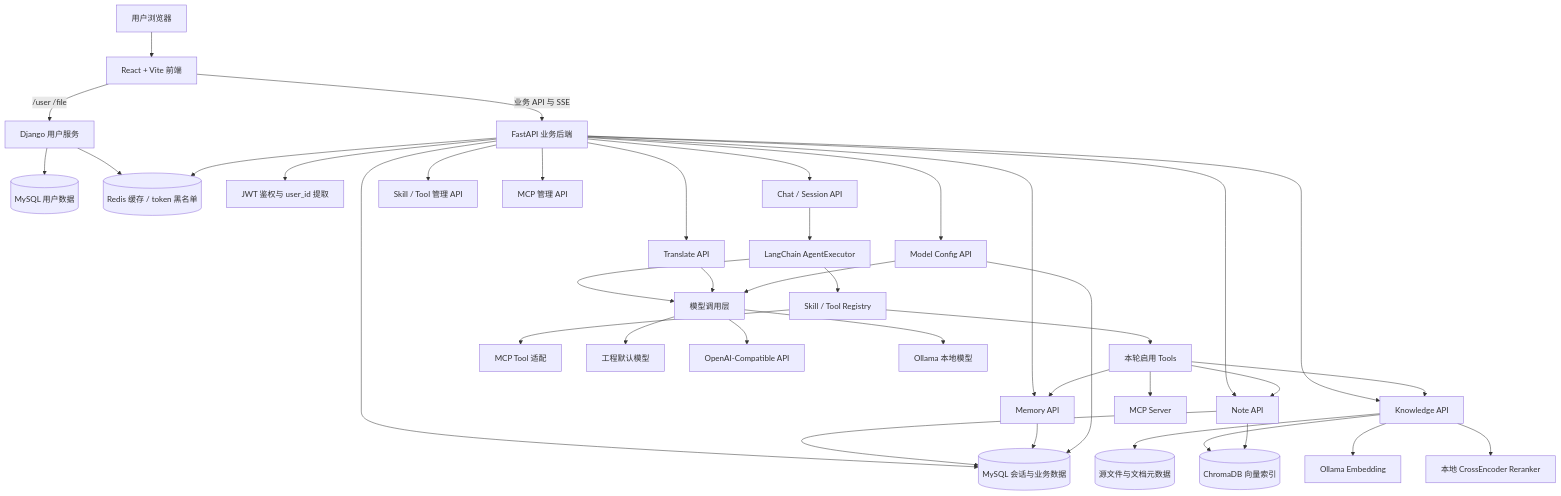
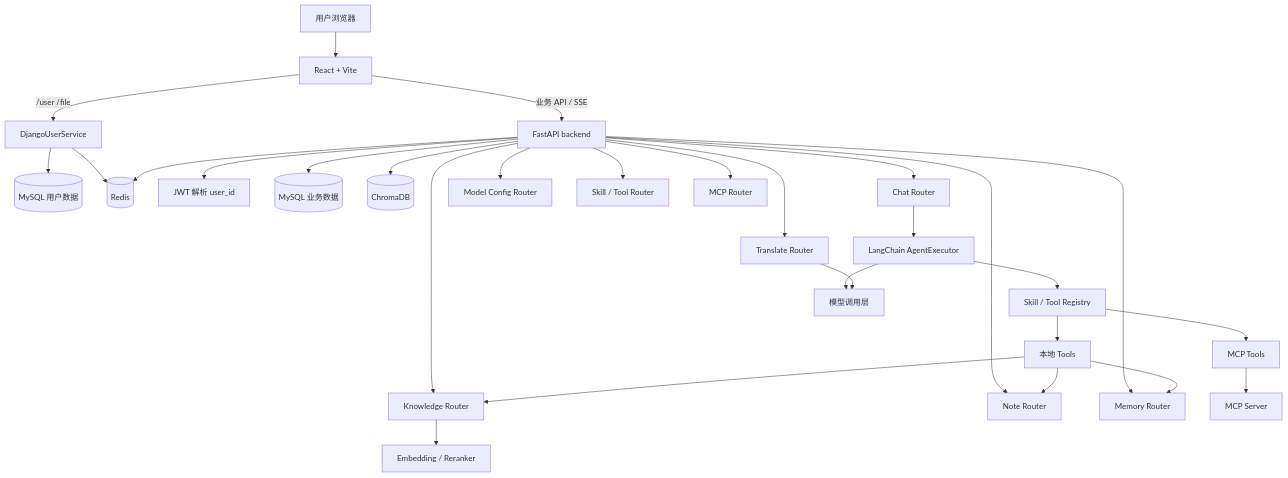
One commit to STliuEN/Doki-Assistant changed the diagram in docs/project_develop.md. Above: the diagram before and after it, drawn with Mermaid. The commit also changed other lines of this file and 2 other files, not shown here.

````diff
--- a/docs/project_develop.md
+++ b/docs/project_develop.md
@@ -60,48 +30,37 @@
 ```mermaid
 flowchart TD
-  U[用户浏览器] --> F[React + Vite 前端]
-  F -->|/user /file| D[Django 用户服务]
-  F -->|业务 API 与 SSE| B[FastAPI 业务后端]
+  U[用户浏览器] --> F[React + Vite]
+  F -->|/user /file| D[DjangoUserService]
+  F -->|业务 API / SSE| B[FastAPI backend]
 
   D --> UserDB[(MySQL 用户数据)]
-  D --> Redis[(Redis 缓存 / token 黑名单)]
+  D --> Redis[(Redis)]
 
-  B --> Auth[JWT 鉴权与 user_id 提取]
-  B --> AppDB[(MySQL 会话与业务数据)]
+  B --> Auth[JWT 解析 user_id]
+  B --> AppDB[(MySQL 业务数据)]
   B --> Redis
+  B --> Chroma[(ChromaDB)]
 
-  B --> Chat[Chat / Session API]
-  B --> Knowledge[Knowledge API]
-  B --> Note[Note API]
-  B --> Memory[Memory API]
-  B --> Translate[Translate API]
-  B --> ModelConfig[Model Config API]
-  B --> SkillTool[Skill / Tool 管理 API]
-  B --> MCPAPI[MCP 管理 API]
+  B --> Chat[Chat Router]
+  B --> Knowledge[Knowledge Router]
+  B --> Note[Note Router]
+  B --> Memory[Memory Router]
+  B --> ModelConfig[Model Config Router]
+  B --> Translate[Translate Router]
+  B --> SkillTool[Skill / Tool Router]
+  B --> MCP[MCP Router]
 
   Chat --> Agent[LangChain AgentExecutor]
   Agent --> Registry[Skill / Tool Registry]
-  Registry --> Tools[本轮启用 Tools]
-  Registry --> MCPTools[MCP Tool 适配]
+  Registry --> LocalTools[本地 Tools]
+  Registry --> MCPTools[MCP Tools]
 
-  Tools --> Knowledge
-  Tools --> Note
-  Tools --> Memory
-  Tools --> MCPServer[MCP Server]
-
-  Knowledge --> SourceFiles[(源文件与文档元数据)]
-  Knowledge --> Chroma[(ChromaDB 向量索引)]
-  Note --> Chroma
-  Note --> AppDB
-  Memory --> AppDB
-  ModelConfig --> AppDB
+  LocalTools --> Knowledge
+  LocalTools --> Note
+  LocalTools --> Memory
+  MCPTools --> External[MCP Server]
 
   Agent --> ModelLayer[模型调用层]
   Translate --> ModelLayer
-  ModelConfig --> ModelLayer
-  ModelLayer --> DefaultLLM[工程默认模型]
-  ModelLayer --> Compatible[OpenAI-Compatible API]
-  ModelLayer --> Ollama[Ollama 本地模型]
-  Knowledge --> Embedding[Ollama Embedding]
-  Knowledge --> Reranker[本地 CrossEncoder Reranker]
+  Knowledge --> Embedding[Embedding / Reranker]
 ```
````
